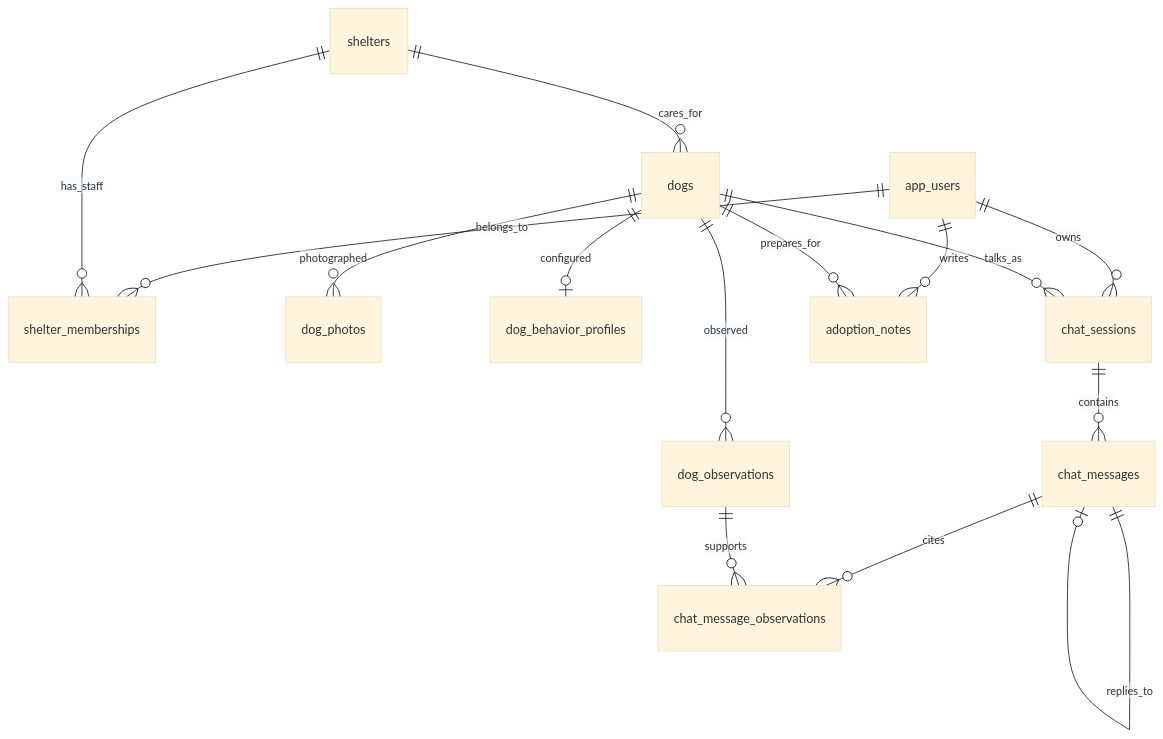
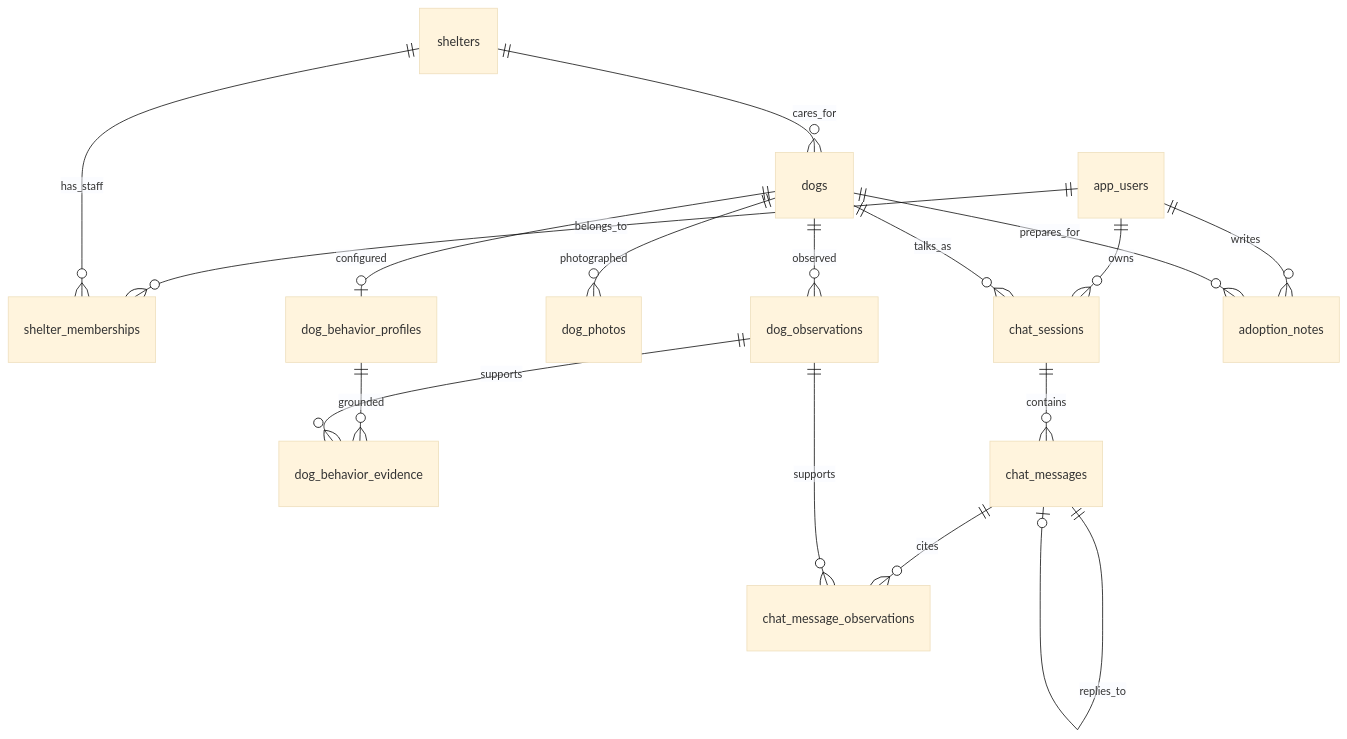
Before and after one commit to HANN-Creator/shelter-connect: the diagram in docs/data-model.md, drawn with Mermaid (base theme). The commit also changed other lines of this file and 21 other files, not shown here.

````diff
--- a/docs/data-model.md
+++ b/docs/data-model.md
@@ -11,17 +11,19 @@
 ```mermaid
 erDiagram
     app_users ||--o{ shelter_memberships : belongs_to
     shelters ||--o{ shelter_memberships : has_staff
     shelters ||--o{ dogs : cares_for
     dogs ||--o{ dog_observations : observed
     dogs ||--o{ dog_photos : photographed
     dogs ||--o| dog_behavior_profiles : configured
+    dog_behavior_profiles ||--o{ dog_behavior_evidence : grounded
+    dog_observations ||--o{ dog_behavior_evidence : supports
     app_users ||--o{ chat_sessions : owns
     dogs ||--o{ chat_sessions : talks_as
     chat_sessions ||--o{ chat_messages : contains
     chat_messages ||--o| chat_messages : replies_to
     chat_messages ||--o{ chat_message_observations : cites
     dog_observations ||--o{ chat_message_observations : supports
     app_users ||--o{ adoption_notes : writes
     dogs ||--o{ adoption_notes : prepares_for
 ```
````
